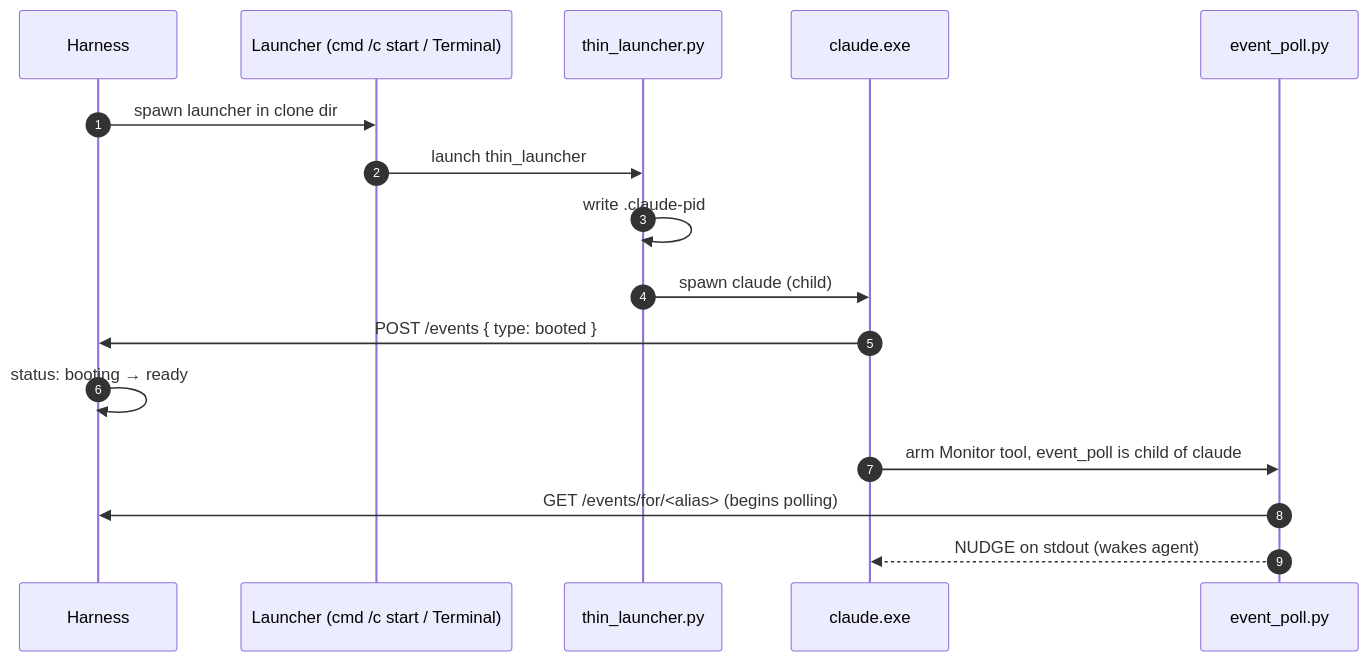
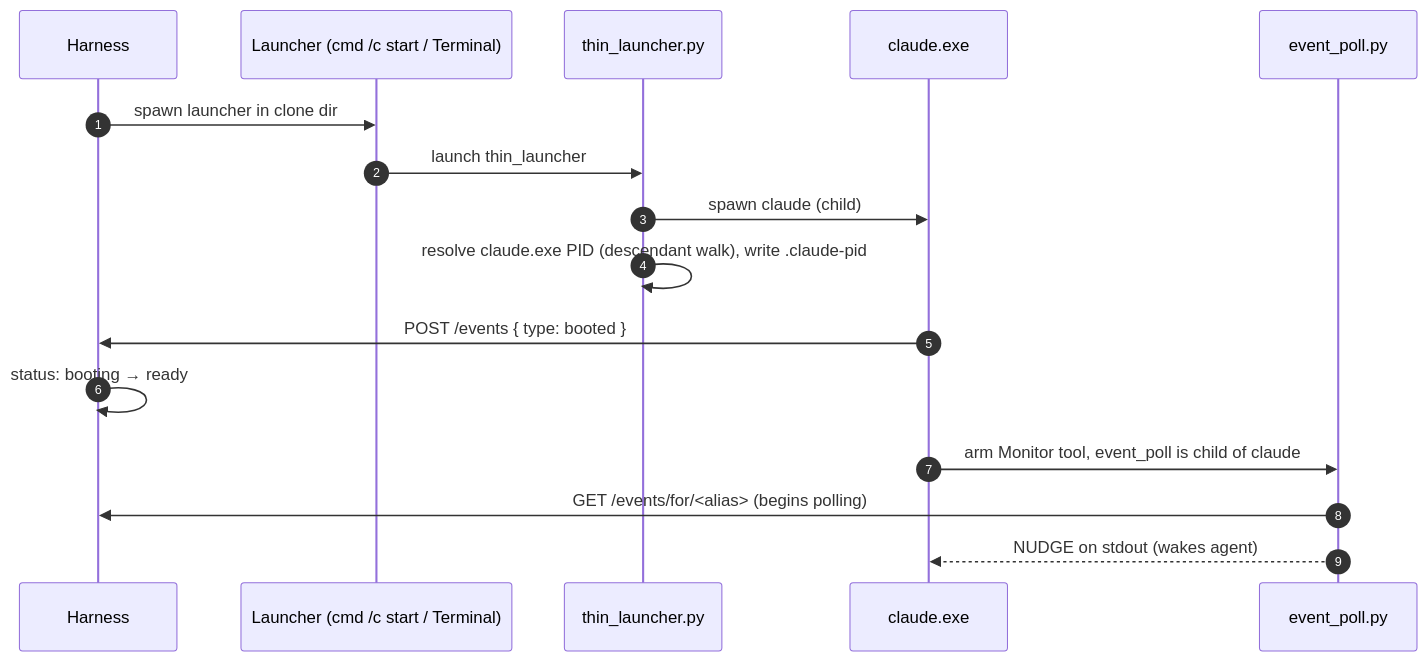
Before and after one commit to WallyDoodlez/SquidSquad: the first of 3 diagrams in docs/HARNESS-ARCH.md, drawn with Mermaid. The commit also changed other lines of this file, not shown here.

First line of the commit message:
pm: HARNESS-ARCH .claude-pid content correction (v25) — folded into #12417

````diff
--- a/docs/HARNESS-ARCH.md
+++ b/docs/HARNESS-ARCH.md
@@ -266,18 +266,18 @@
 ```mermaid
 sequenceDiagram
     autonumber
     participant H as Harness
     participant L as Launcher (cmd /c start / Terminal)
     participant TL as thin_launcher.py
     participant C as claude.exe
     participant EP as event_poll.py
     H->>L: spawn launcher in clone dir
     L->>TL: launch thin_launcher
-    TL->>TL: write .claude-pid
     TL->>C: spawn claude (child)
+    TL->>TL: resolve claude.exe PID (descendant walk), write .claude-pid
     C->>H: POST /events { type: booted }
     H->>H: status: booting → ready
     C->>EP: arm Monitor tool, event_poll is child of claude
     EP->>H: GET /events/for/<alias> (begins polling)
     EP-->>C: NUDGE on stdout (wakes agent)
 ```
````
